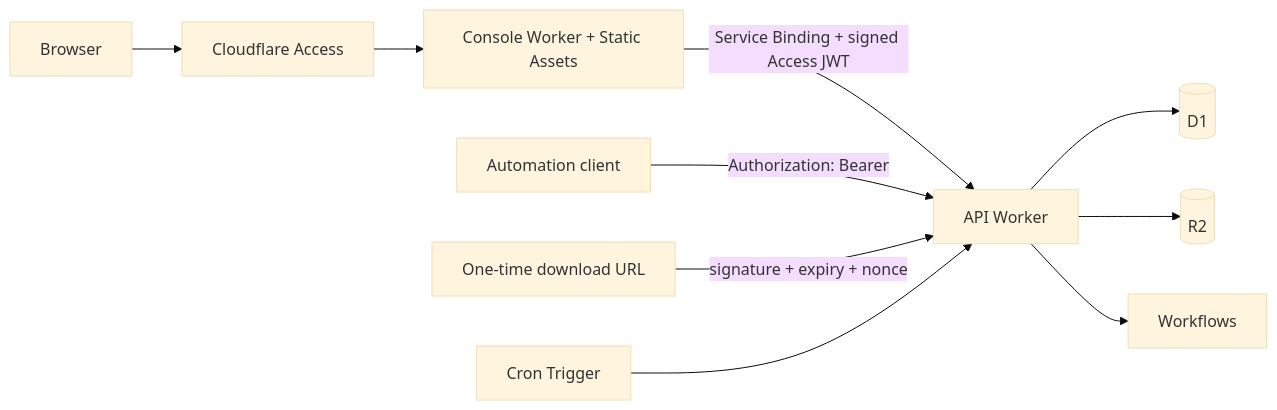
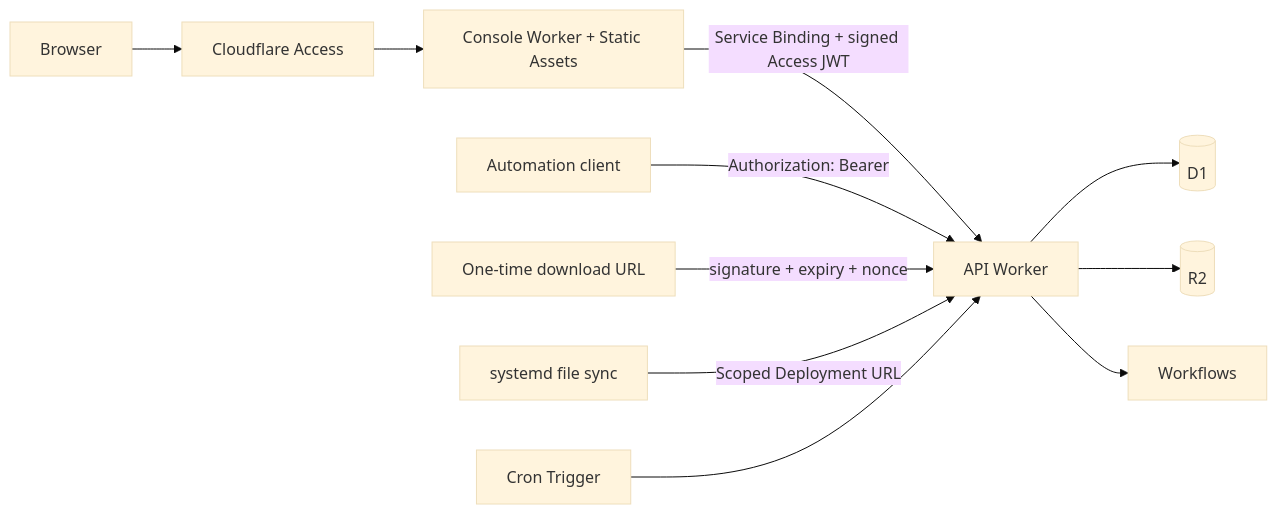
The diagram in DEPLOYMENT.md (HSwift/certbot-serverless), drawn with Mermaid (base theme) before and after one commit. The commit also changed other lines of this file and 15 other files, not shown here.

````diff
--- a/DEPLOYMENT.md
+++ b/DEPLOYMENT.md
@@ -12,14 +12,15 @@
 ```mermaid
 flowchart LR
   Browser[Browser] --> Access[Cloudflare Access]
   Access --> Console[Console Worker + Static Assets]
   Console -->|Service Binding + signed Access JWT| API[API Worker]
 
   Client[Automation client] -->|Authorization: Bearer| API
   Download[One-time download URL] -->|signature + expiry + nonce| API
+  Origin[systemd file sync] -->|Scoped Deployment URL| API
 
   API --> D1[(D1)]
   API --> R2[(R2)]
   API --> Workflow[Workflows]
   Cron[Cron Trigger] --> API
 ```
````
